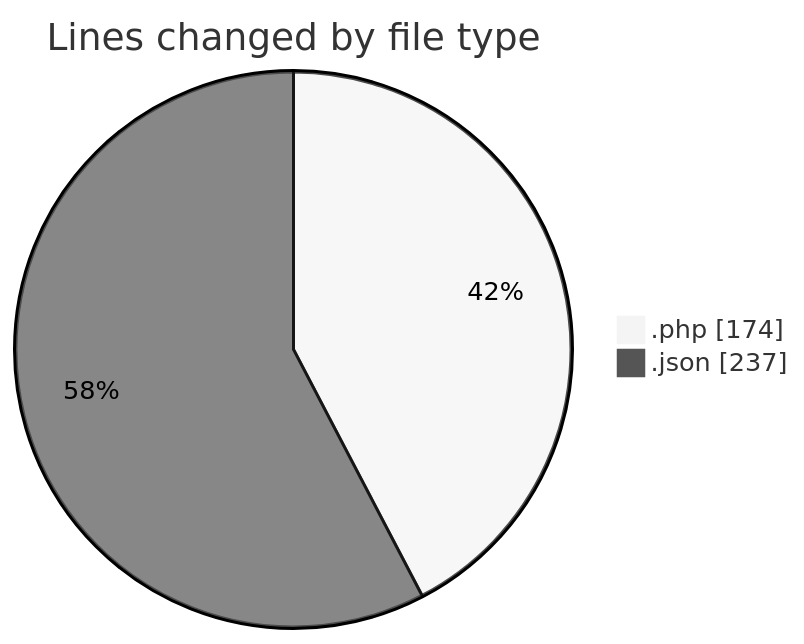
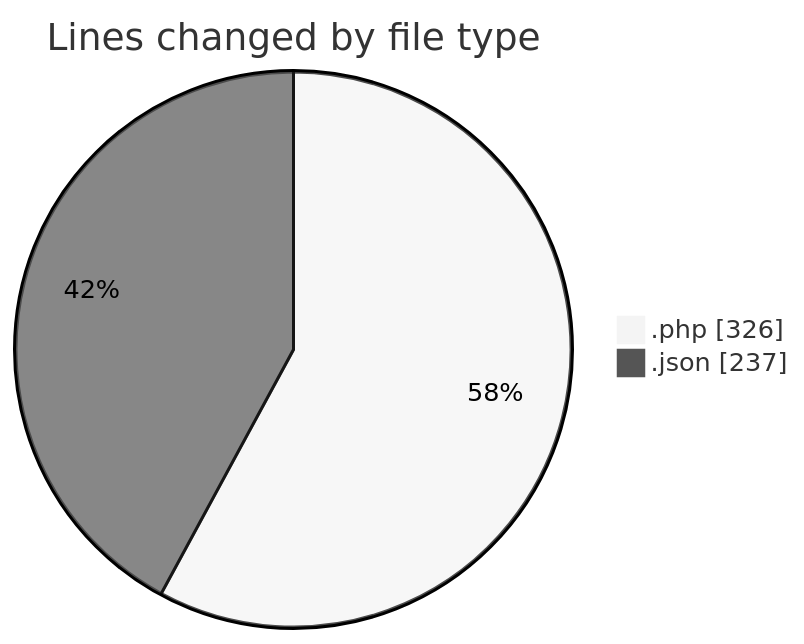
The first of 2 diagrams in 2025-05-30/studio-backend/README.md (idhammustaqopulfikri/code-tracking), drawn with Mermaid (neutral theme) before and after one commit. The commit also changed other lines of this file and 1 other file, not shown here.

````diff
--- a/2025-05-30/studio-backend/README.md
+++ b/2025-05-30/studio-backend/README.md
@@ -22,6 +25,6 @@
 ```mermaid
 pie showData
 title Lines changed by file type
-".php" : 174
+".php" : 326
 ".json" : 237
 ```
````
